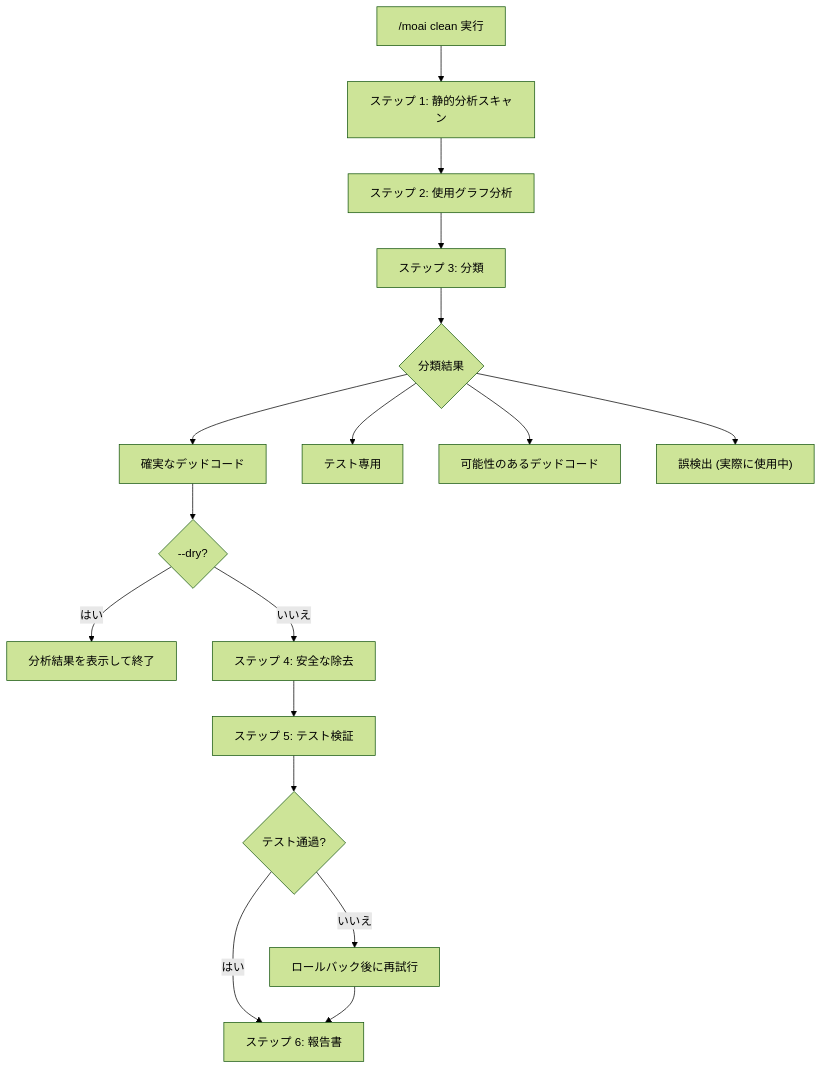
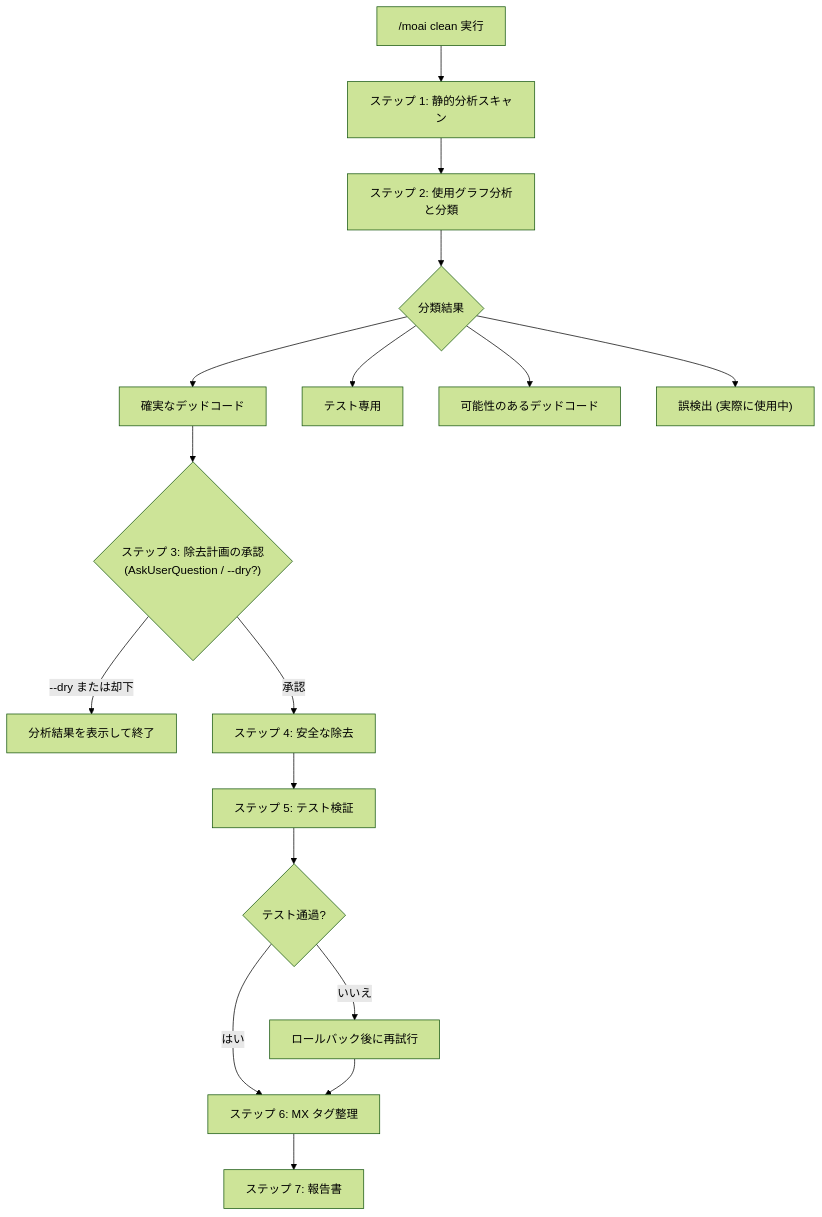
The first of 2 diagrams in docs-site/content/ja/utility-commands/moai-clean.md (modu-ai/moai-adk), drawn with Mermaid (forest theme) before and after one commit. The commit also changed other lines of this file and 86 other files, not shown here.

First line of the commit message:
docs(ossdocs): v3.1.1 doc-gap landing — 13-page x4-locale + mermaid fixes + version sync + backend-mix

````diff
--- a/docs-site/content/ja/utility-commands/moai-clean.md
+++ b/docs-site/content/ja/utility-commands/moai-clean.md
@@ -76,23 +76,22 @@
 ```mermaid
 flowchart TD
     Start["/moai clean 実行"] --> Phase1["ステップ 1: 静的分析スキャン"]
 
-    Phase1 --> Phase2["ステップ 2: 使用グラフ分析"]
-
-    Phase2 --> Phase3["ステップ 3: 分類"]
-    Phase3 --> Classify{"分類結果"}
+    Phase1 --> Phase2["ステップ 2: 使用グラフ分析と分類"]
+    Phase2 --> Classify{"分類結果"}
     Classify --> Dead["確実なデッドコード"]
     Classify --> TestOnly["テスト専用"]
     Classify --> Likely["可能性のあるデッドコード"]
     Classify --> False["誤検出 (実際に使用中)"]
 
-    Dead --> Approval{"--dry?"}
-    Approval -->|はい| Report["分析結果を表示して終了"]
-    Approval -->|いいえ| Phase4["ステップ 4: 安全な除去"]
+    Dead --> Phase3{"ステップ 3: 除去計画の承認<br/>(AskUserQuestion / --dry?)"}
+    Phase3 -->|--dry または却下| Report["分析結果を表示して終了"]
+    Phase3 -->|承認| Phase4["ステップ 4: 安全な除去"]
 
     Phase4 --> Phase5["ステップ 5: テスト検証"]
     Phase5 --> Pass{"テスト通過?"}
-    Pass -->|はい| Phase6["ステップ 6: 報告書"]
     Pass -->|いいえ| Rollback["ロールバック後に再試行"]
+    Pass -->|はい| Phase6["ステップ 6: MX タグ整理"]
     Rollback --> Phase6
+    Phase6 --> Phase7["ステップ 7: 報告書"]
 ```
````
